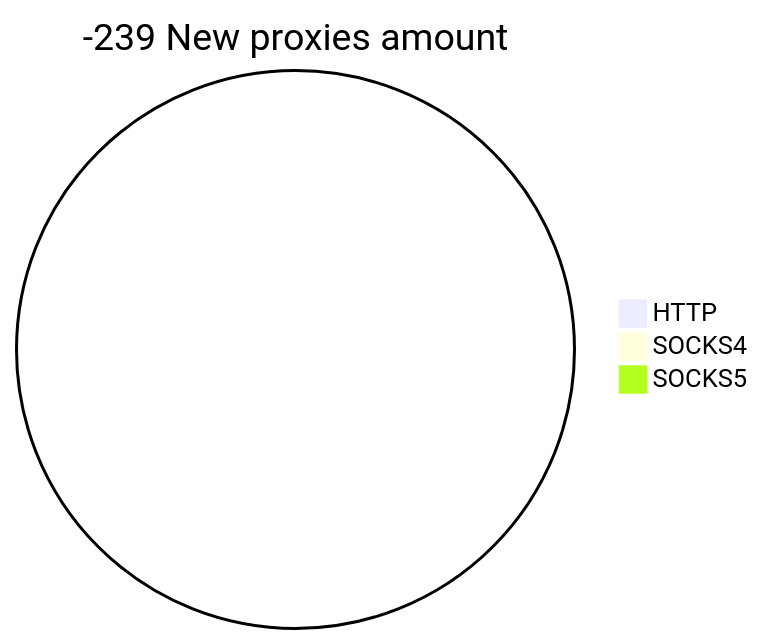
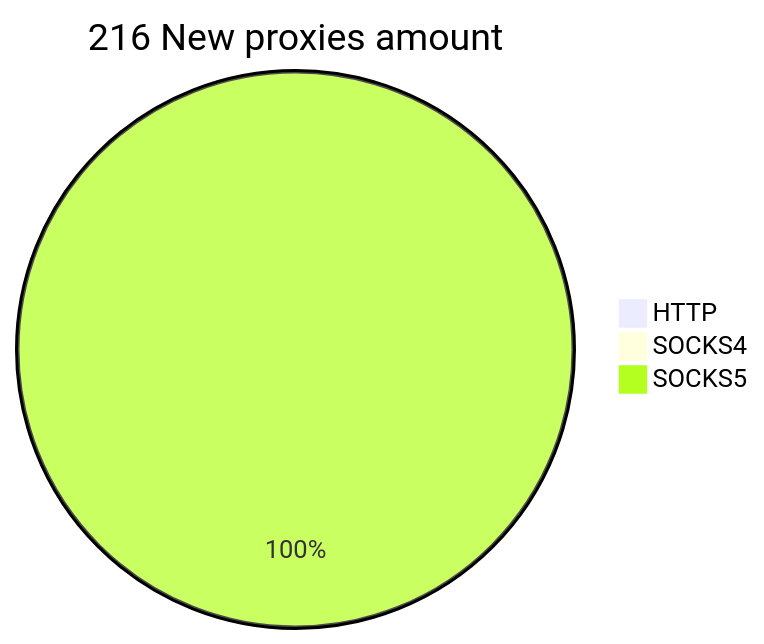
One commit to cutipu/proxylist changed the second of 2 diagrams in README.md. Above: the diagram before and after it, drawn with Mermaid. The commit also changed other lines of this file, not shown here.

````diff
--- a/README.md
+++ b/README.md
@@ -10,6 +10,6 @@
 ```mermaid
-pie title -239 New proxies amount
+pie title 216 New proxies amount
     "HTTP" : 0
     "SOCKS4" : 0
-    "SOCKS5" : 0
+    "SOCKS5" : 218
 ```
````
